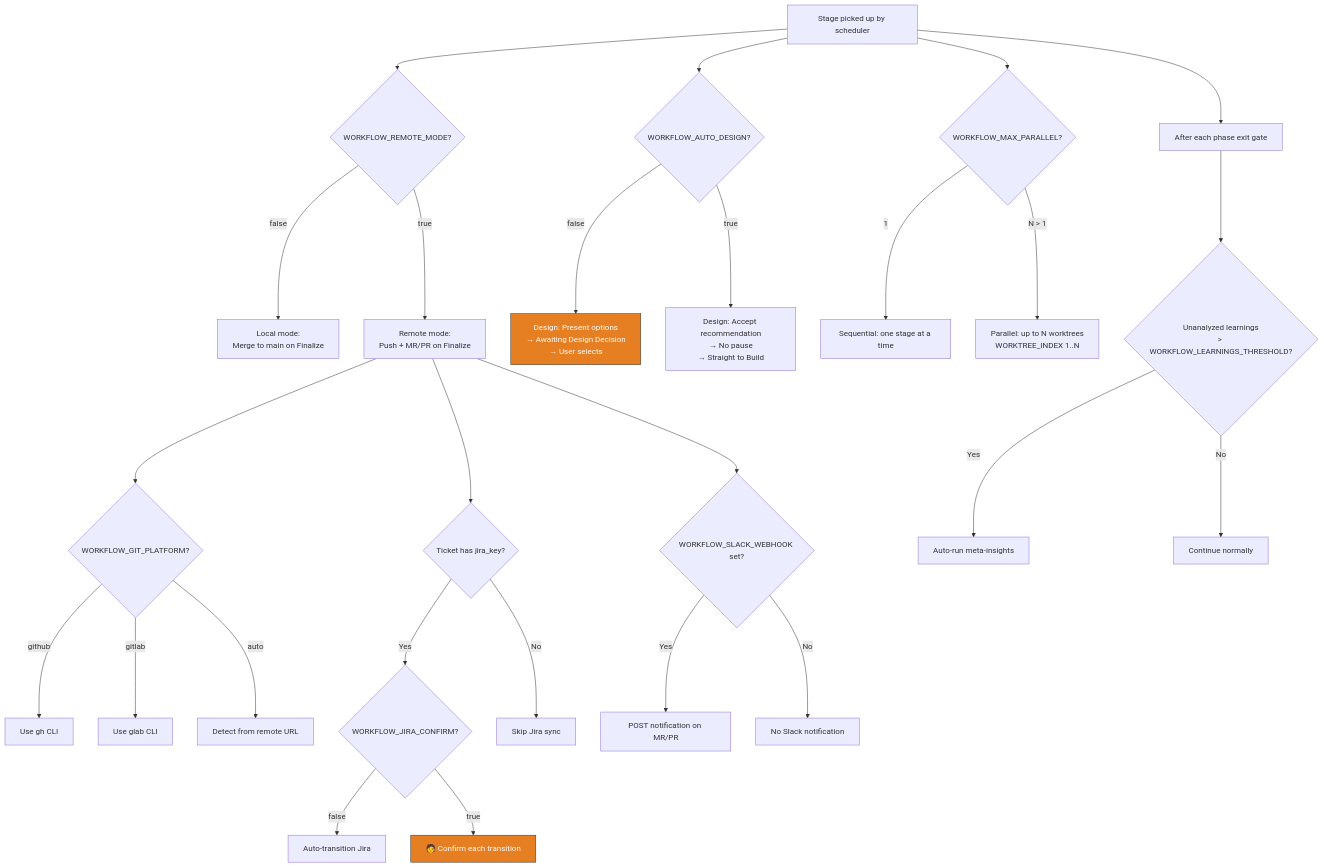
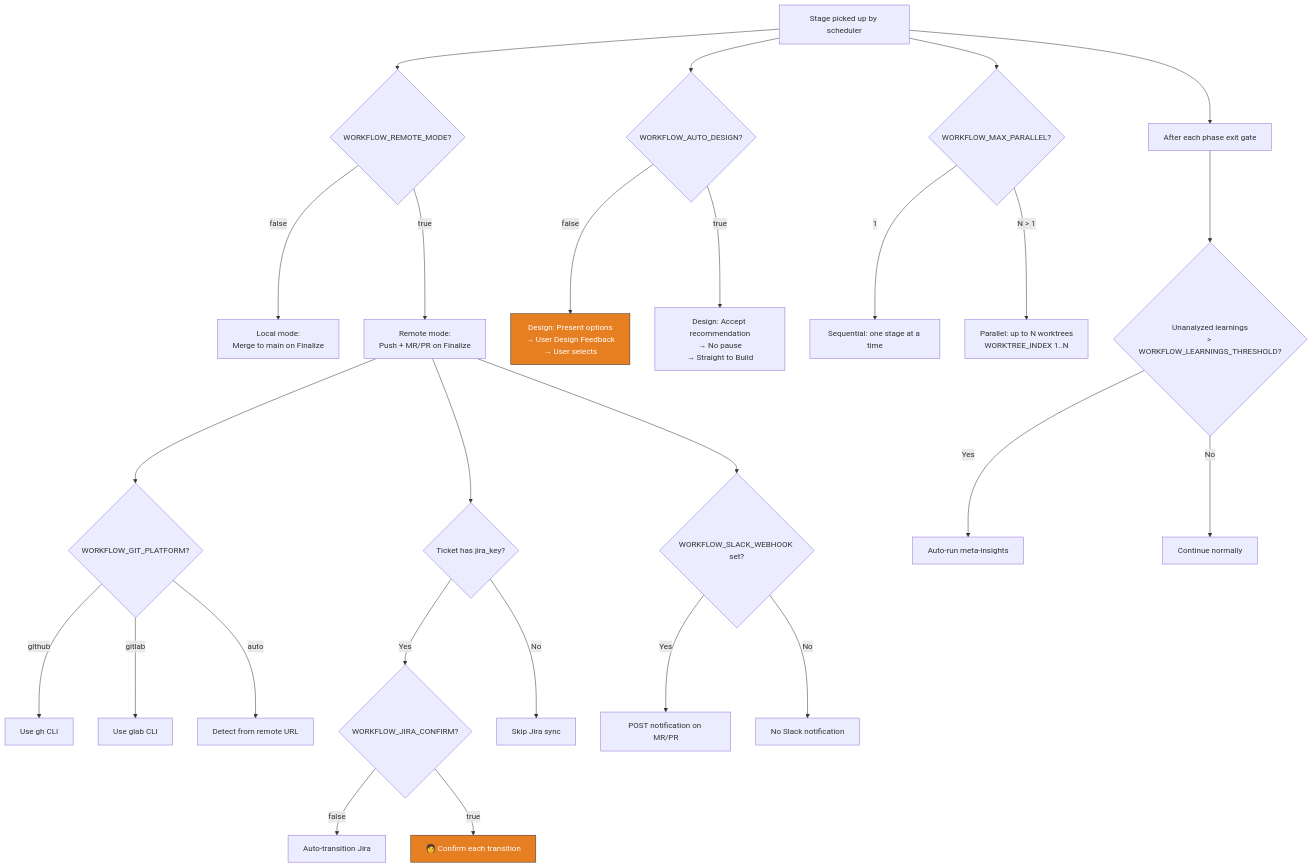
One commit to jakekausler/claude-code-workflow changed diagram 24 of 24 in docs/plans/2026-02-16-kanban-workflow-end-state.md. Above: the diagram before and after it, drawn with Mermaid. The commit also changed other lines of this file, not shown here.

Commit message:
docs: update end-state vision with modularity architecture and column renames

````diff
--- a/docs/plans/2026-02-16-kanban-workflow-end-state.md
+++ b/docs/plans/2026-02-16-kanban-workflow-end-state.md
@@ -1248,38 +1284,38 @@
 ```mermaid
 flowchart TD
     START["Stage picked up by scheduler"] --> A{WORKFLOW_REMOTE_MODE?}
 
     A -->|false| B["Local mode:<br/>Merge to main on Finalize"]
     A -->|true| C["Remote mode:<br/>Push + MR/PR on Finalize"]
 
     C --> D{WORKFLOW_GIT_PLATFORM?}
     D -->|github| E["Use gh CLI"]
     D -->|gitlab| F["Use glab CLI"]
     D -->|auto| G["Detect from remote URL"]
 
     START --> H{WORKFLOW_AUTO_DESIGN?}
-    H -->|false| I["Design: Present options<br/>→ Awaiting Design Decision<br/>→ User selects"]
+    H -->|false| I["Design: Present options<br/>→ User Design Feedback<br/>→ User selects"]
     H -->|true| J["Design: Accept recommendation<br/>→ No pause<br/>→ Straight to Build"]
 
     START --> K{WORKFLOW_MAX_PARALLEL?}
     K -->|1| L["Sequential: one stage at a time"]
     K -->|N > 1| M["Parallel: up to N worktrees<br/>WORKTREE_INDEX 1..N"]
 
     START --> N["After each phase exit gate"]
     N --> O{Unanalyzed learnings<br/>> WORKFLOW_LEARNINGS_THRESHOLD?}
     O -->|Yes| P["Auto-run meta-insights"]
     O -->|No| Q["Continue normally"]
 
     C --> R{Ticket has jira_key?}
     R -->|Yes| S{WORKFLOW_JIRA_CONFIRM?}
     S -->|false| T["Auto-transition Jira"]
     S -->|true| U["🧑 Confirm each transition"]
     R -->|No| V["Skip Jira sync"]
 
     C --> W{WORKFLOW_SLACK_WEBHOOK set?}
     W -->|Yes| X["POST notification on MR/PR"]
     W -->|No| Y["No Slack notification"]
 
     style I fill:#e67e22,stroke:#333,color:#fff
     style U fill:#e67e22,stroke:#333,color:#fff
 ```
````
